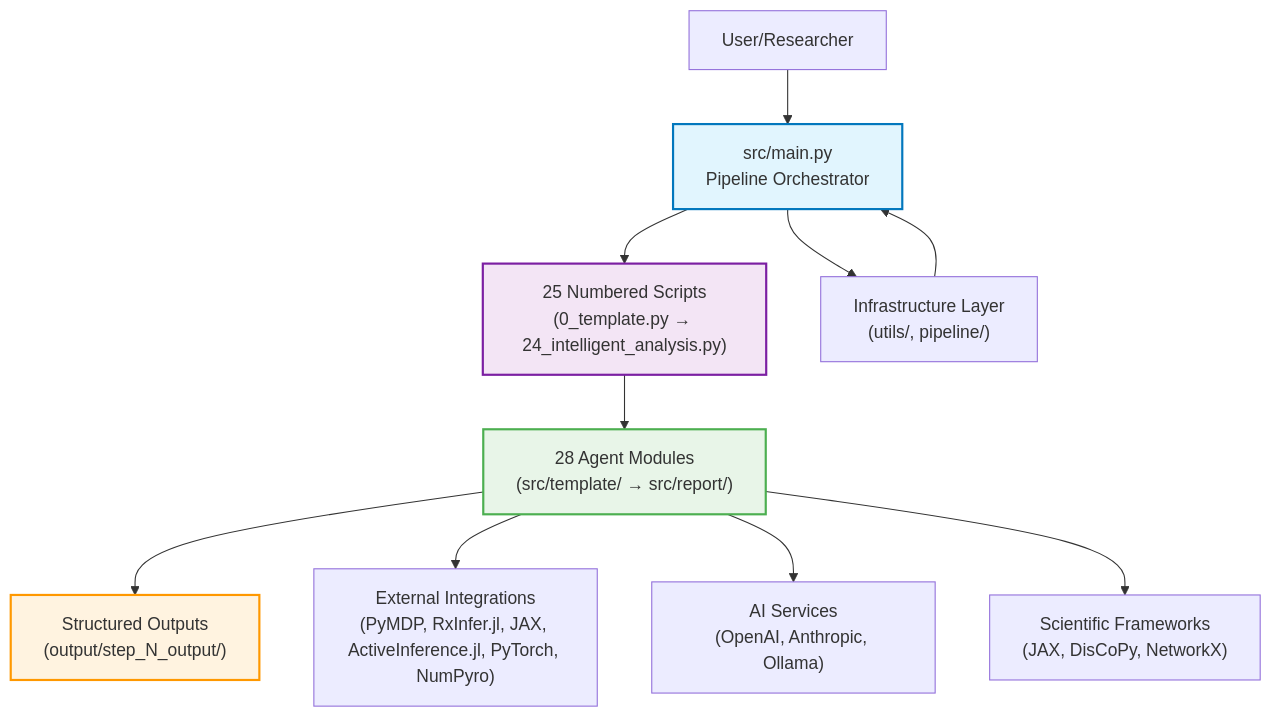
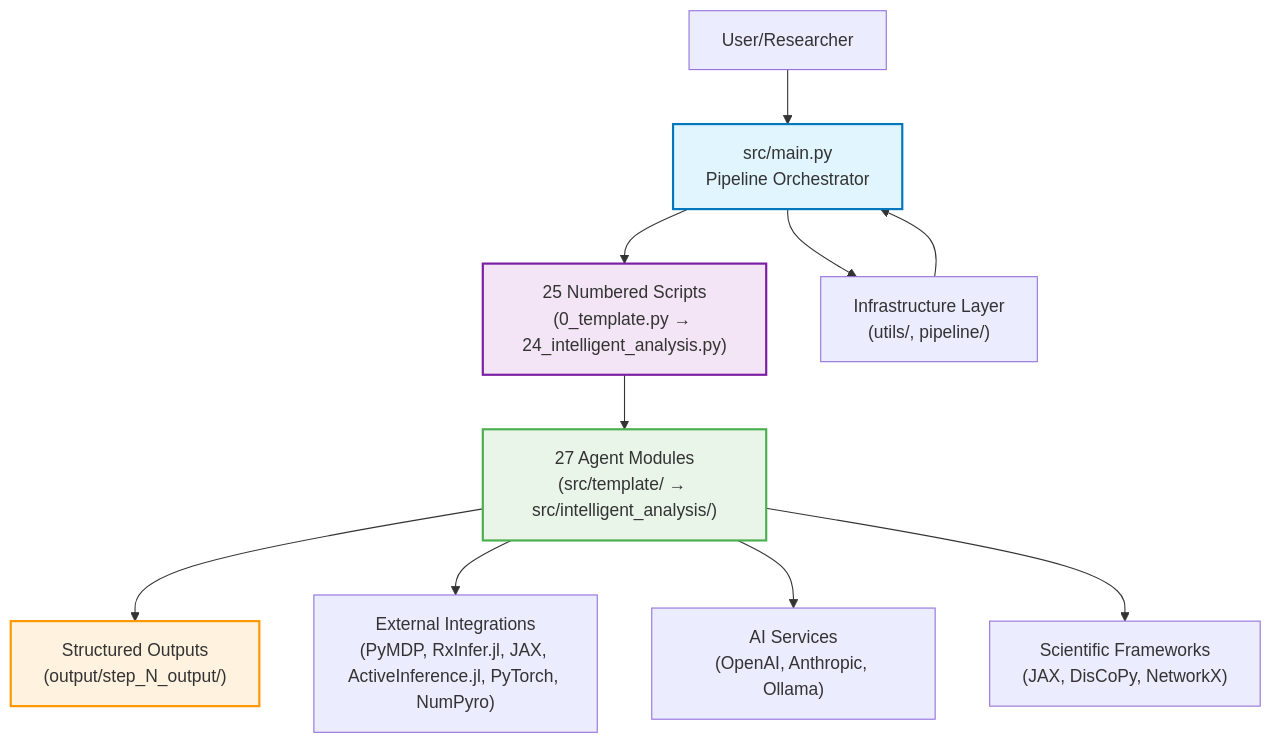
One commit to ActiveInferenceInstitute/GeneralizedNotationNotation changed the first of 7 diagrams in ARCHITECTURE.md. Above: the diagram before and after it, drawn with Mermaid. The commit also changed other lines of this file and 1937 other files, not shown here.

````diff
--- a/ARCHITECTURE.md
+++ b/ARCHITECTURE.md
@@ -42,19 +42,19 @@
 ```mermaid
 graph TB
   A["User/Researcher"] --> B["src/main.py<br/>Pipeline Orchestrator"]
   B --> C["25 Numbered Scripts<br/>(0_template.py → 24_intelligent_analysis.py)"]
-  C --> D["28 Agent Modules<br/>(src/template/ → src/report/)"]
+  C --> D["27 Agent Modules<br/>(src/template/ → src/intelligent_analysis/)"]
   D --> E["Structured Outputs<br/>(output/step_N_output/)"]
 
   B --> F["Infrastructure Layer<br/>(utils/, pipeline/)"]
   F --> B
 
   D --> G["External Integrations<br/>(PyMDP, RxInfer.jl, JAX, ActiveInference.jl, PyTorch, NumPyro)"]
   D --> H["AI Services<br/>(OpenAI, Anthropic, Ollama)"]
   D --> I["Scientific Frameworks<br/>(JAX, DisCoPy, NetworkX)"]
 
   style B fill:#e1f5fe,stroke:#0277bd,stroke-width:2px
   style C fill:#f3e5f5,stroke:#7b1fa2,stroke-width:2px
   style D fill:#e8f5e8,stroke:#4caf50,stroke-width:2px
   style E fill:#fff3e0,stroke:#ff9800,stroke-width:2px
 ```
````
